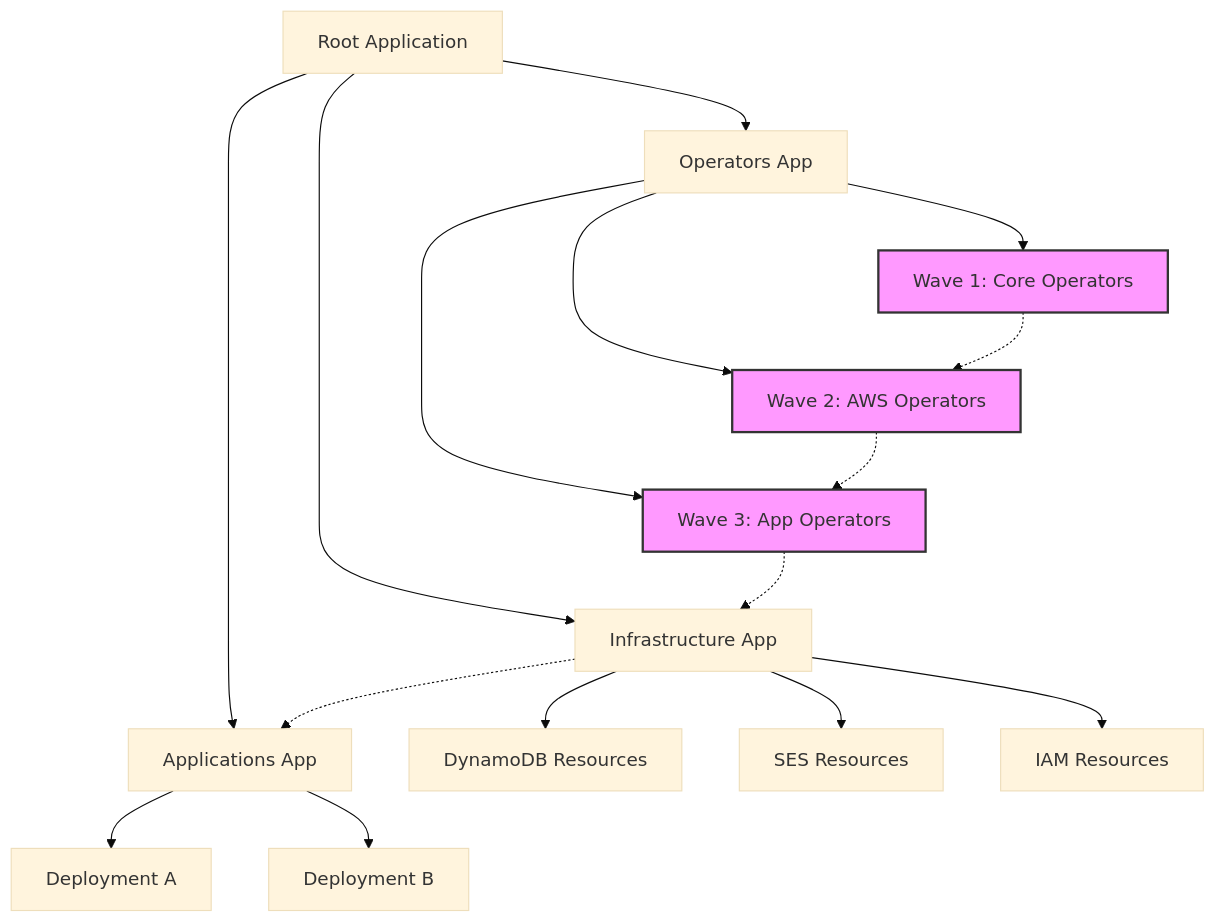
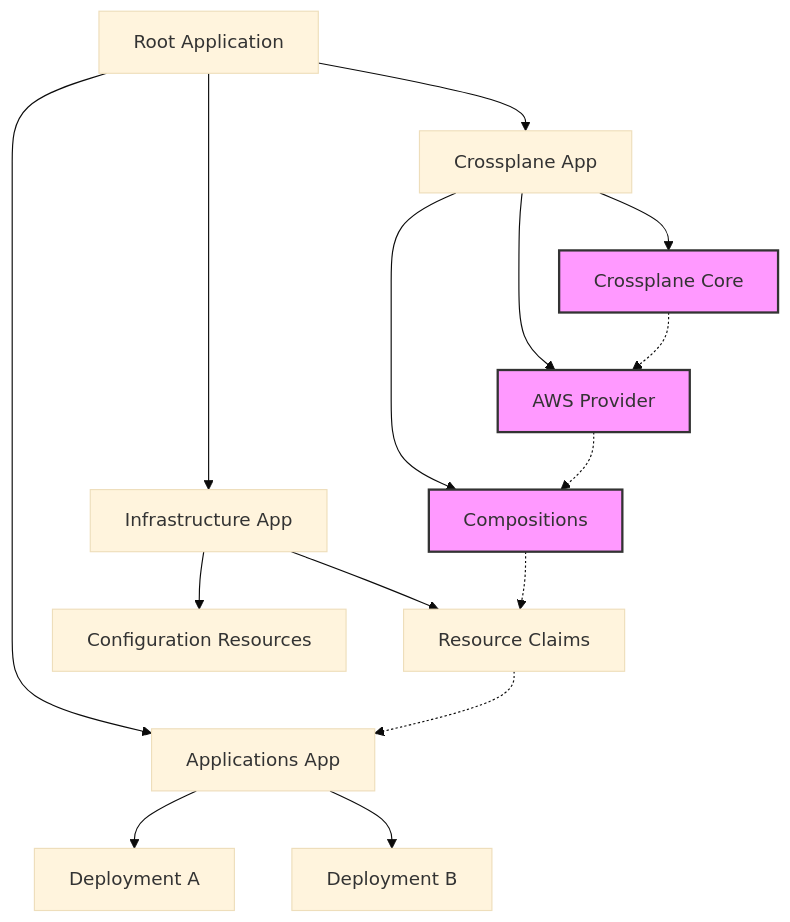
The second of 2 diagrams in .kiro/specs/virtual-coffee-platform/design.md (3sztof/k8s-virtual-coffee), drawn with Mermaid (base theme) before and after one commit. The commit also changed other lines of this file and 3 other files, not shown here.

````diff
--- a/.kiro/specs/virtual-coffee-platform/design.md
+++ b/.kiro/specs/virtual-coffee-platform/design.md
@@ -442,25 +448,24 @@
 ```mermaid
 graph TD
-    Root[Root Application] --> Operators[Operators App]
+    Root[Root Application] --> Crossplane[Crossplane App]
     Root --> Infrastructure[Infrastructure App]
     Root --> Applications[Applications App]
     
-    Operators --> Wave1[Wave 1: Core Operators]
-    Operators --> Wave2[Wave 2: AWS Operators]
-    Operators --> Wave3[Wave 3: App Operators]
+    Crossplane --> Core[Crossplane Core]
+    Crossplane --> Providers[AWS Provider]
+    Crossplane --> Compositions[Compositions]
     
-    Infrastructure --> DynamoDB[DynamoDB Resources]
-    Infrastructure --> SES[SES Resources]
-    Infrastructure --> IAM[IAM Resources]
+    Infrastructure --> Claims[Resource Claims]
+    Infrastructure --> Configs[Configuration Resources]
     
     Applications --> DeploymentA[Deployment A]
     Applications --> DeploymentB[Deployment B]
     
-    Wave1 -.-> Wave2
-    Wave2 -.-> Wave3
-    Wave3 -.-> Infrastructure
-    Infrastructure -.-> Applications
+    Core -.-> Providers
+    Providers -.-> Compositions
+    Compositions -.-> Claims
+    Claims -.-> Applications
     
-    classDef wave fill:#f9f,stroke:#333,stroke-width:2px
-    class Wave1,Wave2,Wave3 wave
+    classDef xp fill:#f9f,stroke:#333,stroke-width:2px
+    class Core,Providers,Compositions xp
 ```
````
